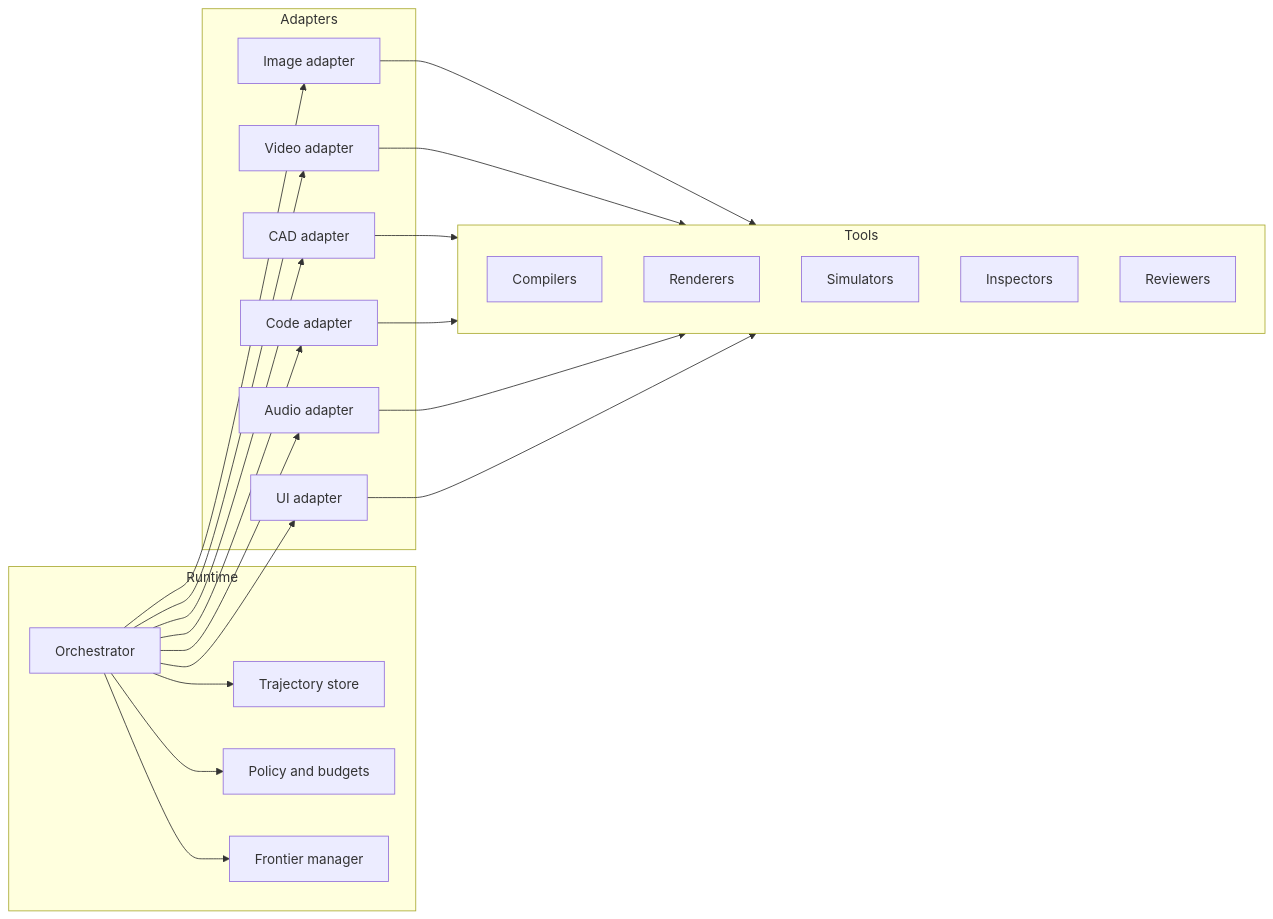
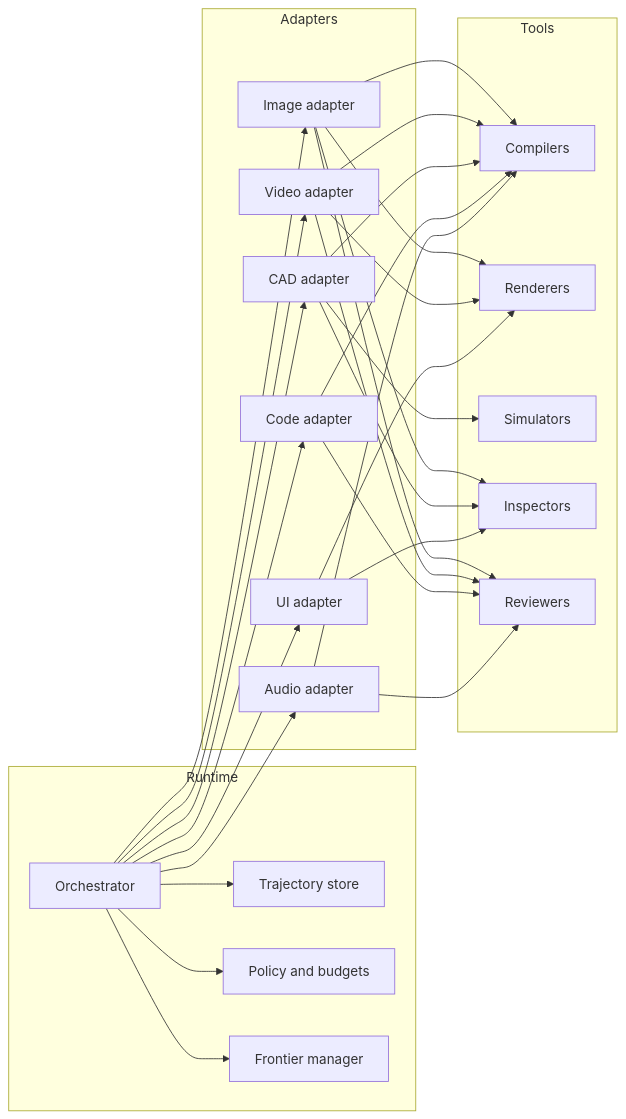
Before and after one commit to Codeseys-Labs/VIGOR: the second of 3 diagrams in docs/vigor-framework.md, drawn with Mermaid. The commit also changed other lines of this file and 75 other files, not shown here.

````diff
--- a/docs/vigor-framework.md
+++ b/docs/vigor-framework.md
@@ -186,42 +186,52 @@
 ```mermaid
 flowchart LR
     subgraph Runtime
       O[Orchestrator]
       M[Trajectory store]
       P[Policy and budgets]
       F[Frontier manager]
     end
 
     subgraph Adapters
       A1[Image adapter]
       A2[Video adapter]
       A3[CAD adapter]
       A4[Code adapter]
       A5[Audio adapter]
       A6[UI adapter]
     end
 
     subgraph Tools
       T1[Compilers]
       T2[Renderers]
       T3[Simulators]
       T4[Inspectors]
       T5[Reviewers]
     end
 
     O --> A1
     O --> A2
     O --> A3
     O --> A4
     O --> A5
     O --> A6
-    A1 --> Tools
-    A2 --> Tools
-    A3 --> Tools
-    A4 --> Tools
-    A5 --> Tools
-    A6 --> Tools
+    A1 --> T1
+    A1 --> T2
+    A1 --> T4
+    A1 --> T5
+    A2 --> T1
+    A2 --> T2
+    A2 --> T5
+    A3 --> T1
+    A3 --> T3
+    A3 --> T4
+    A4 --> T1
+    A4 --> T5
+    A5 --> T1
+    A5 --> T5
+    A6 --> T2
+    A6 --> T4
     O --> M
     O --> P
     O --> F
 ```
````
